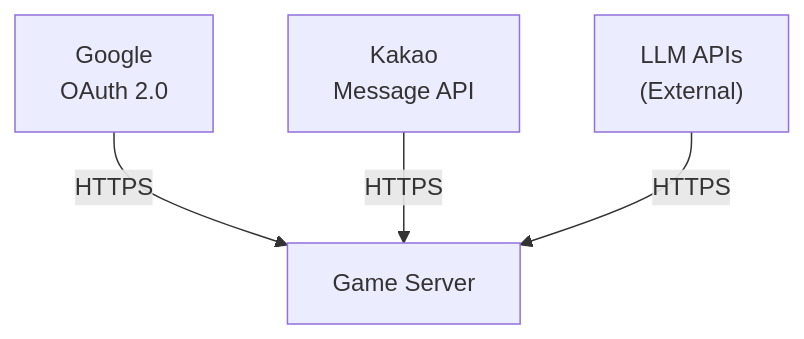
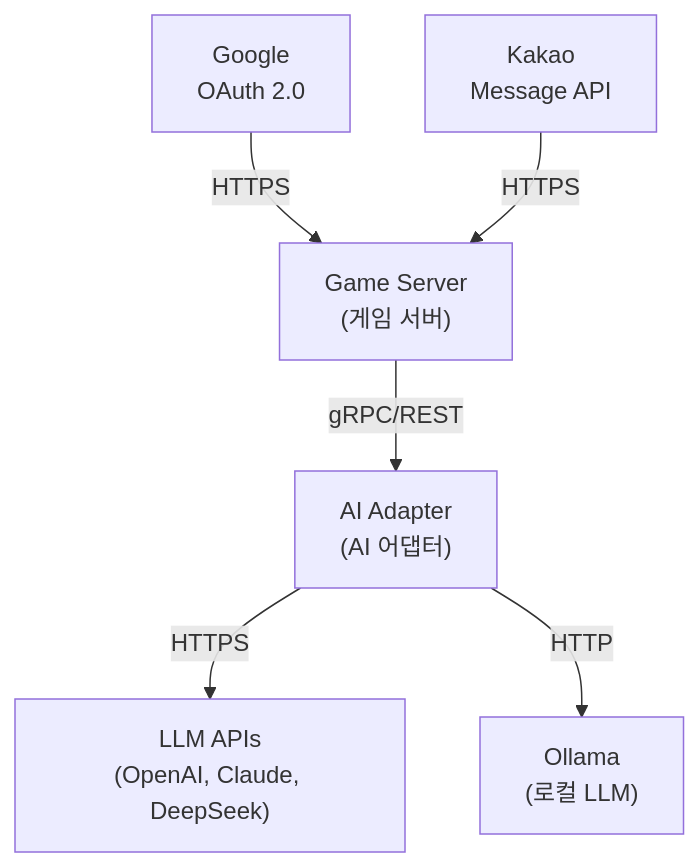
The ninth of 9 diagrams in docs/02-design/01-architecture.md (k82022603/RummiArena), drawn with Mermaid before and after one commit. The commit also changed other lines of this file and 9 other files, not shown here.

````diff
--- a/docs/02-design/01-architecture.md
+++ b/docs/02-design/01-architecture.md
@@ -139,6 +151,8 @@
 ```mermaid
 graph TB
-    Google["Google\nOAuth 2.0"] -->|HTTPS| GS["Game Server"]
+    Google["Google\nOAuth 2.0"] -->|HTTPS| GS["Game Server\n(게임 서버)"]
     Kakao["Kakao\nMessage API"] -->|HTTPS| GS
-    LLM["LLM APIs\n(External)"] -->|HTTPS| GS
+    GS -->|gRPC/REST| AIA["AI Adapter\n(AI 어댑터)"]
+    AIA -->|HTTPS| LLM["LLM APIs\n(OpenAI, Claude, DeepSeek)"]
+    AIA -->|HTTP| Ollama["Ollama\n(로컬 LLM)"]
 ```
````
